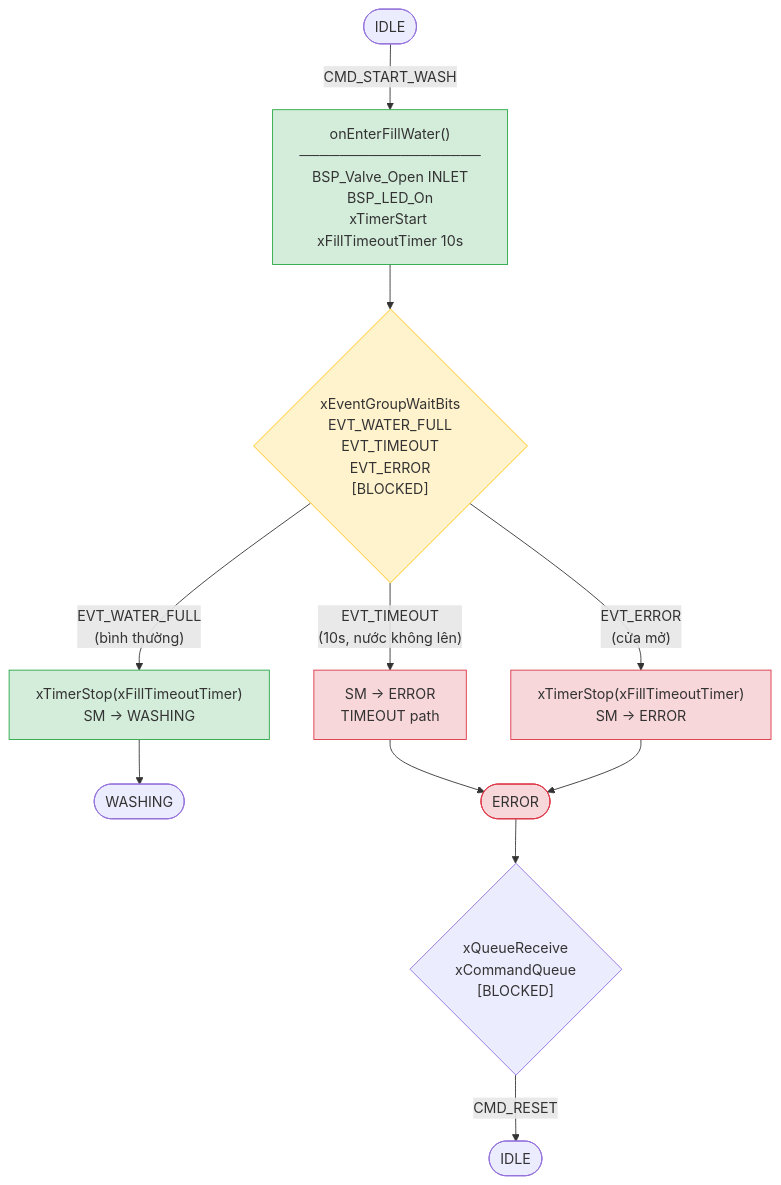
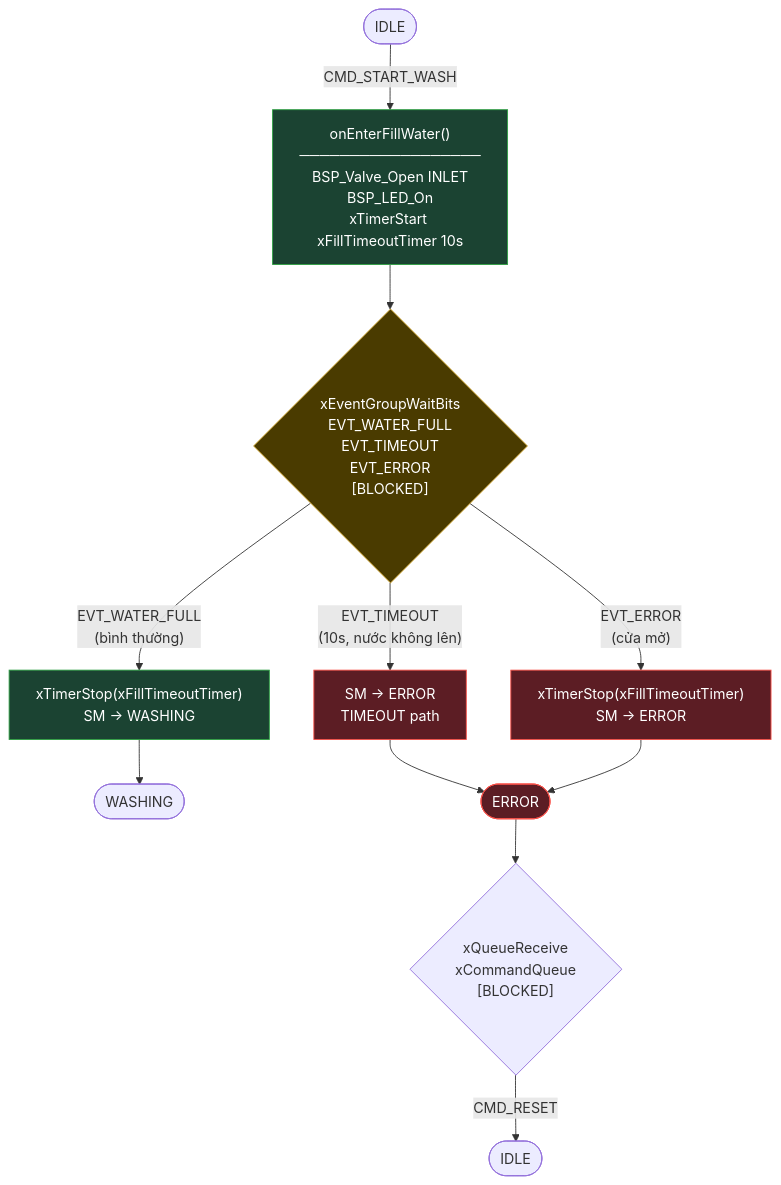
Before and after one commit to TTonyVi/Freertos_ST: the sixth of 9 diagrams in docs/SYSTEM_DIAGRAMS.md, drawn with Mermaid. The commit also changed other lines of this file and 15 other files, not shown here.

````diff
--- a/docs/SYSTEM_DIAGRAMS.md
+++ b/docs/SYSTEM_DIAGRAMS.md
@@ -313,28 +331,28 @@
 ```mermaid
 flowchart TD
     A([IDLE]) -->|CMD_START_WASH| B
 
     B["onEnterFillWater()\n──────────────────\nBSP_Valve_Open INLET\nBSP_LED_On\nxTimerStart xFillTimeoutTimer 10s"]
 
     B --> C{"xEventGroupWaitBits\nEVT_WATER_FULL\nEVT_TIMEOUT\nEVT_ERROR\n[BLOCKED]"}
 
     C -->|"EVT_WATER_FULL\n(bình thường)"| D["xTimerStop(xFillTimeoutTimer)\nSM → WASHING"]
 
     C -->|"EVT_TIMEOUT\n(10s, nước không lên)"| E["SM → ERROR\nTIMEOUT path"]
 
     C -->|"EVT_ERROR\n(cửa mở)"| F["xTimerStop(xFillTimeoutTimer)\nSM → ERROR"]
 
     D --> G([WASHING])
     E --> H([ERROR])
     F --> H
 
     H --> I{"xQueueReceive\nxCommandQueue\n[BLOCKED]"}
     I -->|CMD_RESET| J([IDLE])
 
-    style B fill:#d4edda,stroke:#28a745
-    style C fill:#fff3cd,stroke:#ffc107
-    style H fill:#f8d7da,stroke:#dc3545
-    style D fill:#d4edda,stroke:#28a745
-    style E fill:#f8d7da,stroke:#dc3545
-    style F fill:#f8d7da,stroke:#dc3545
+    style B fill:#1b4332,stroke:#2ea043,color:#ffffff
+    style C fill:#4a3b00,stroke:#d4a72c,color:#ffffff
+    style H fill:#5c1d24,stroke:#f85149,color:#ffffff
+    style D fill:#1b4332,stroke:#2ea043,color:#ffffff
+    style E fill:#5c1d24,stroke:#f85149,color:#ffffff
+    style F fill:#5c1d24,stroke:#f85149,color:#ffffff
 ```
````
